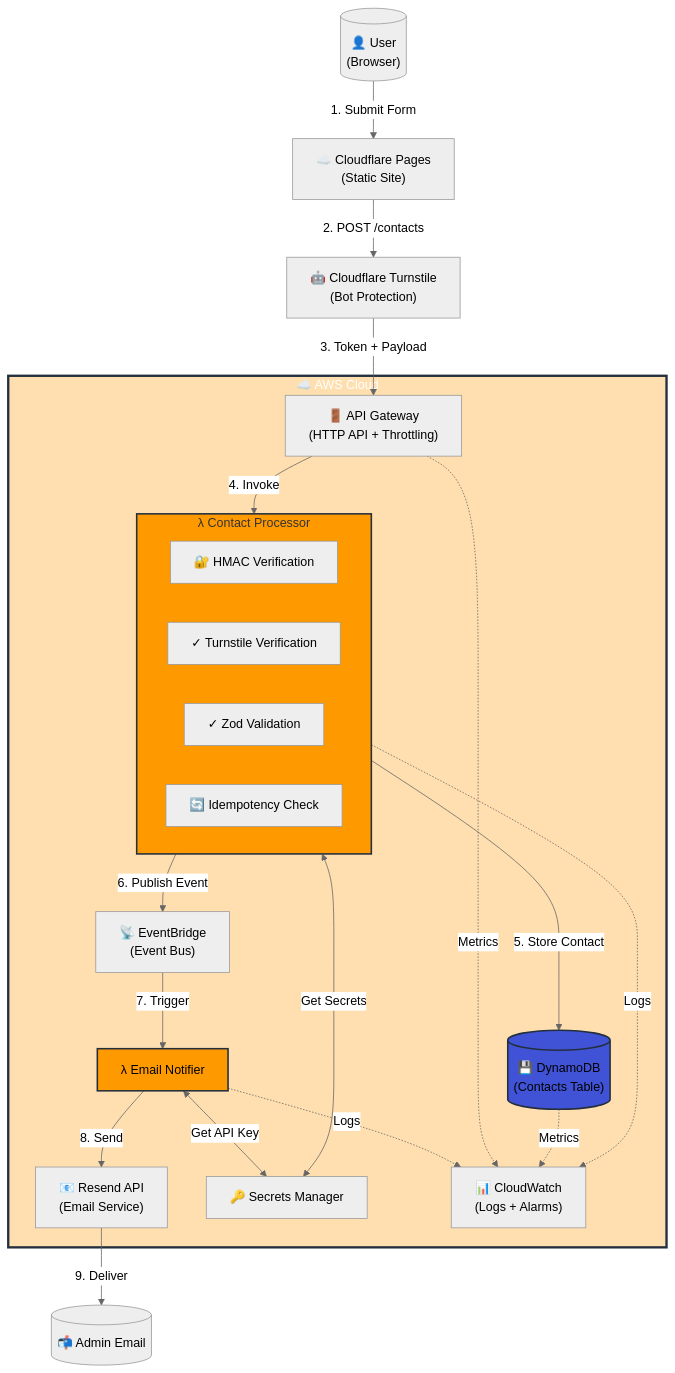
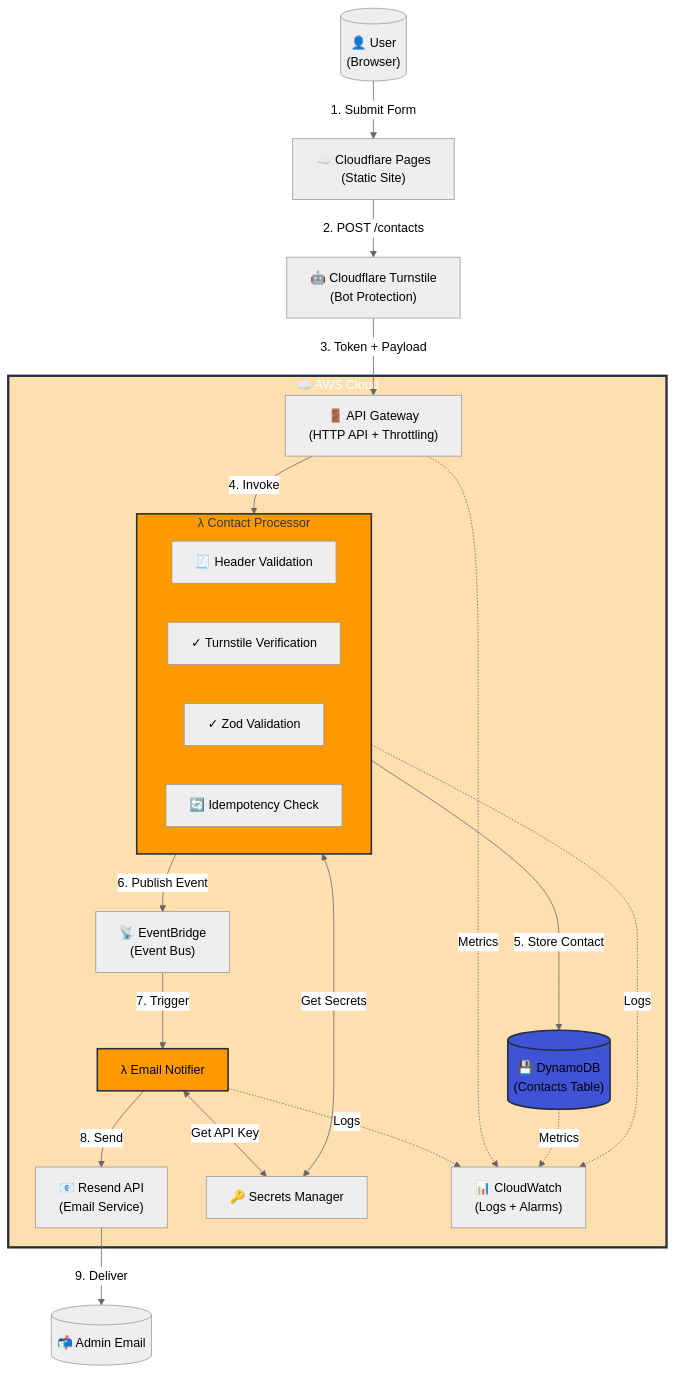
The first of 2 diagrams in content/blog/aws-form-capture.mdx (DaltonBuilds/portfolio-dalton-ousley), drawn with Mermaid (neutral theme) before and after one commit. The commit also changed other lines of this file, not shown here.

Commit message:
fix(blog): update AWS form capture documentation to reflect changes with HMAC

````diff
--- a/content/blog/aws-form-capture.mdx
+++ b/content/blog/aws-form-capture.mdx
@@ -53,53 +53,53 @@
 ```mermaid
 flowchart TB
     User[("👤 User<br/>(Browser)")]
     CF["☁️ Cloudflare Pages<br/>(Static Site)"]
     Turnstile["🤖 Cloudflare Turnstile<br/>(Bot Protection)"]
 
     subgraph AWS["☁️ AWS Cloud"]
         APIGW["🚪 API Gateway<br/>(HTTP API + Throttling)"]
 
         subgraph Lambda1["λ Contact Processor"]
-            HMAC["🔐 HMAC Verification"]
+            HeaderValidation["🧾 Header Validation"]
             TurnstileVerify["✓ Turnstile Verification"]
             Validation["✓ Zod Validation"]
             Idempotency["🔄 Idempotency Check"]
         end
 
         DDB[("💾 DynamoDB<br/>(Contacts Table)")]
         EB["📡 EventBridge<br/>(Event Bus)"]
 
         Lambda2["λ Email Notifier"]
         Resend["📧 Resend API<br/>(Email Service)"]
 
         Secrets["🔑 Secrets Manager"]
         CW["📊 CloudWatch<br/>(Logs + Alarms)"]
     end
 
     Email[("📬 Admin Email")]
 
     User -->|1. Submit Form| CF
     CF -->|2. POST /contacts| Turnstile
     Turnstile -->|3. Token + Payload| APIGW
     APIGW -->|4. Invoke| Lambda1
 
     Lambda1 <-->|Get Secrets| Secrets
     Lambda1 -->|5. Store Contact| DDB
     Lambda1 -->|6. Publish Event| EB
 
     EB -->|7. Trigger| Lambda2
     Lambda2 <-->|Get API Key| Secrets
     Lambda2 -->|8. Send| Resend
     Resend -->|9. Deliver| Email
 
     Lambda1 -.->|Logs| CW
     Lambda2 -.->|Logs| CW
     APIGW -.->|Metrics| CW
     DDB -.->|Metrics| CW
 
     style AWS fill:#FF990050,stroke:#232F3E,stroke-width:3px,color:#fff
     style Lambda1 fill:#FF9900,stroke:#232F3E,stroke-width:2px
     style Lambda2 fill:#FF9900,stroke:#232F3E,stroke-width:2px
     style DDB fill:#4053D6,stroke:#232F3E,stroke-width:2px
 
 ```
````
